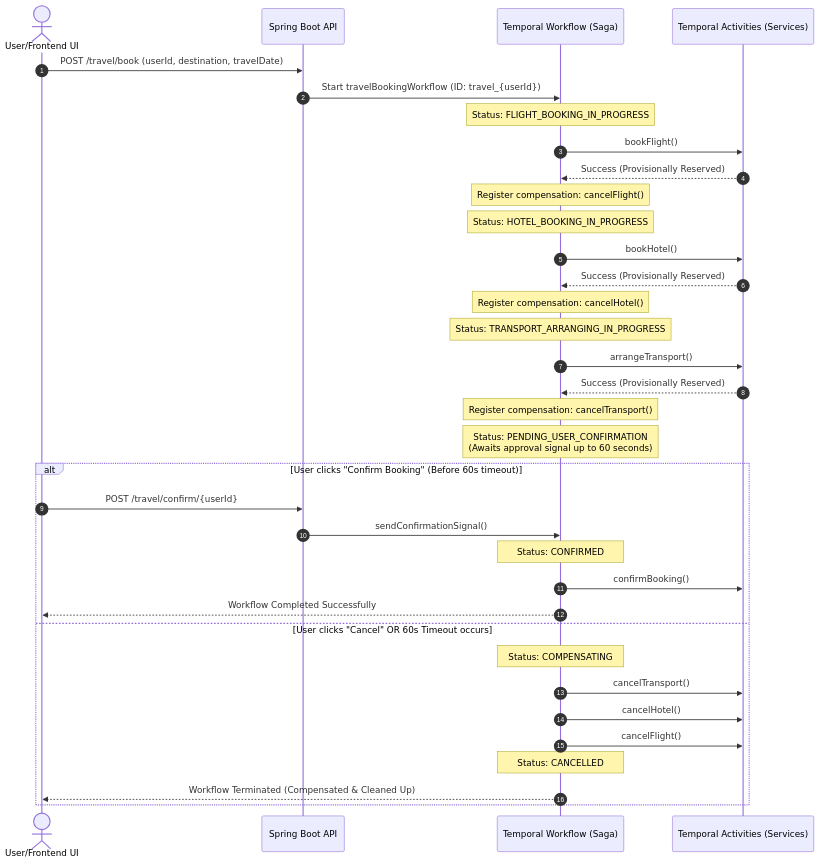
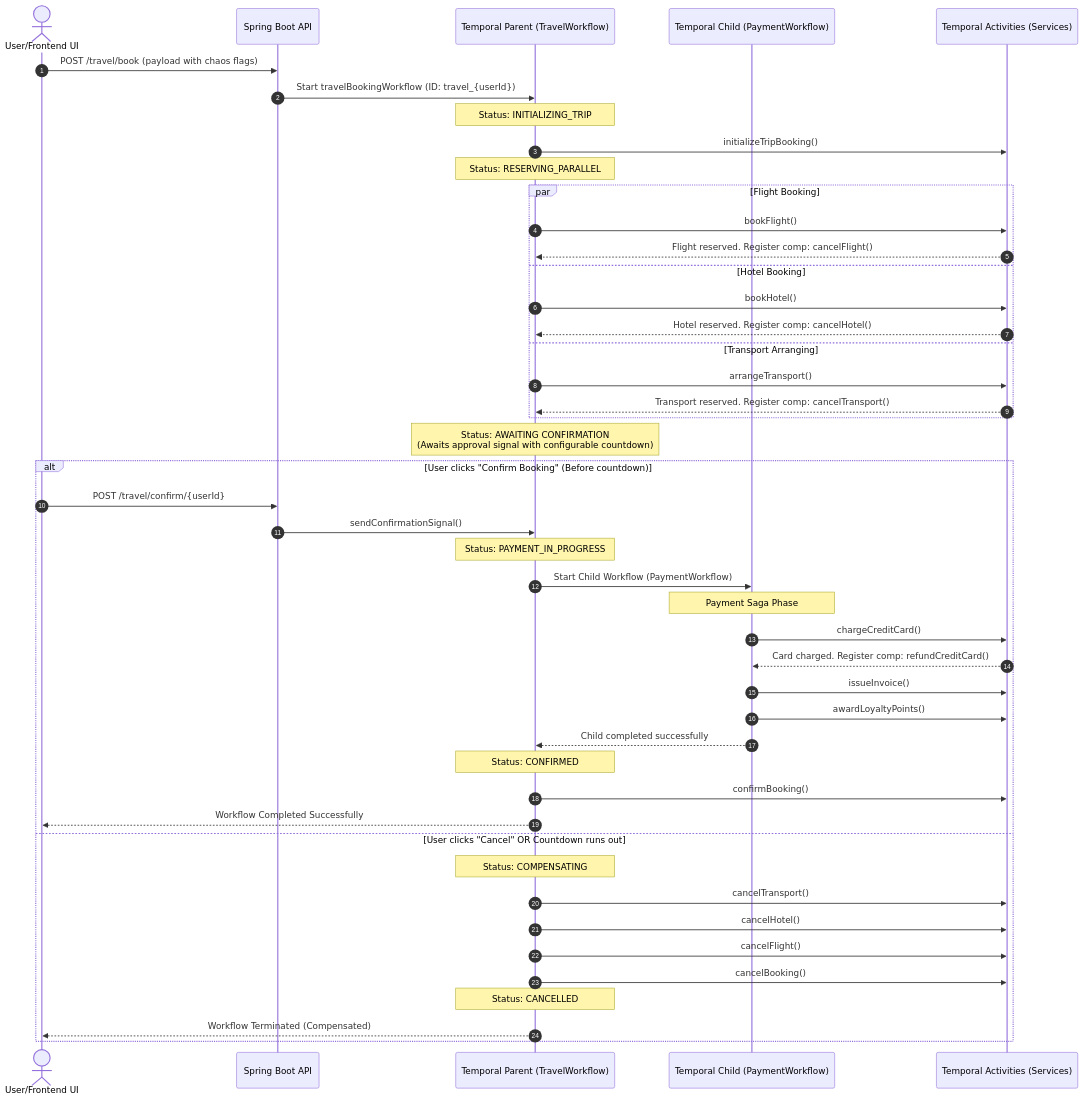
The diagram in README.md (maheswardreamjob/travel-temporal), drawn with Mermaid before and after one commit. The commit also changed other lines of this file and 1 other file, not shown here.

Commit message:
Update root README.md documentation for parallel reservations, child payment workflows, admin control panels, and infrastructure cleanup

````diff
--- a/README.md
+++ b/README.md
@@ -17,42 +17,55 @@
 ```mermaid
 sequenceDiagram
     autonumber
     actor User as User/Frontend UI
     participant API as Spring Boot API
-    participant WF as Temporal Workflow (Saga)
+    participant WF as Temporal Parent (TravelWorkflow)
+    participant CWF as Temporal Child (PaymentWorkflow)
     participant Act as Temporal Activities (Services)
 
-    User->>API: POST /travel/book (userId, destination, travelDate)
+    User->>API: POST /travel/book (payload with chaos flags)
     API->>WF: Start travelBookingWorkflow (ID: travel_{userId})
-    Note over WF: Status: FLIGHT_BOOKING_IN_PROGRESS
-    WF->>Act: bookFlight()
-    Act-->>WF: Success (Provisionally Reserved)
-    Note over WF: Register compensation: cancelFlight()
+    Note over WF: Status: INITIALIZING_TRIP
+    WF->>Act: initializeTripBooking()
     
-    Note over WF: Status: HOTEL_BOOKING_IN_PROGRESS
-    WF->>Act: bookHotel()
-    Act-->>WF: Success (Provisionally Reserved)
-    Note over WF: Register compensation: cancelHotel()
+    Note over WF: Status: RESERVING_PARALLEL
+    par Flight Booking
+        WF->>Act: bookFlight()
+        Act-->>WF: Flight reserved. Register comp: cancelFlight()
+    and Hotel Booking
+        WF->>Act: bookHotel()
+        Act-->>WF: Hotel reserved. Register comp: cancelHotel()
+    and Transport Arranging
+        WF->>Act: arrangeTransport()
+        Act-->>WF: Transport reserved. Register comp: cancelTransport()
+    end
+
+    Note over WF: Status: AWAITING CONFIRMATION<br/>(Awaits approval signal with configurable countdown)
     
-    Note over WF: Status: TRANSPORT_ARRANGING_IN_PROGRESS
-    WF->>Act: arrangeTransport()
-    Act-->>WF: Success (Provisionally Reserved)
-    Note over WF: Register compensation: cancelTransport()
-
-    Note over WF: Status: PENDING_USER_CONFIRMATION<br/>(Awaits approval signal up to 60 seconds)
-    
-    alt User clicks "Confirm Booking" (Before 60s timeout)
+    alt User clicks "Confirm Booking" (Before countdown)
         User->>API: POST /travel/confirm/{userId}
         API->>WF: sendConfirmationSignal()
+        Note over WF: Status: PAYMENT_IN_PROGRESS
+        WF->>CWF: Start Child Workflow (PaymentWorkflow)
+        
+        Note over CWF: Payment Saga Phase
+        CWF->>Act: chargeCreditCard()
+        Act-->>CWF: Card charged. Register comp: refundCreditCard()
+        CWF->>Act: issueInvoice()
+        CWF->>Act: awardLoyaltyPoints()
+        
+        CWF-->>WF: Child completed successfully
+        
         Note over WF: Status: CONFIRMED
         WF->>Act: confirmBooking()
         WF-->>User: Workflow Completed Successfully
-    else User clicks "Cancel" OR 60s Timeout occurs
+    else User clicks "Cancel" OR Countdown runs out
         Note over WF: Status: COMPENSATING
         WF->>Act: cancelTransport()
         WF->>Act: cancelHotel()
         WF->>Act: cancelFlight()
+        WF->>Act: cancelBooking()
         Note over WF: Status: CANCELLED
-        WF-->>User: Workflow Terminated (Compensated & Cleaned Up)
+        WF-->>User: Workflow Terminated (Compensated)
     end
 ```
````
